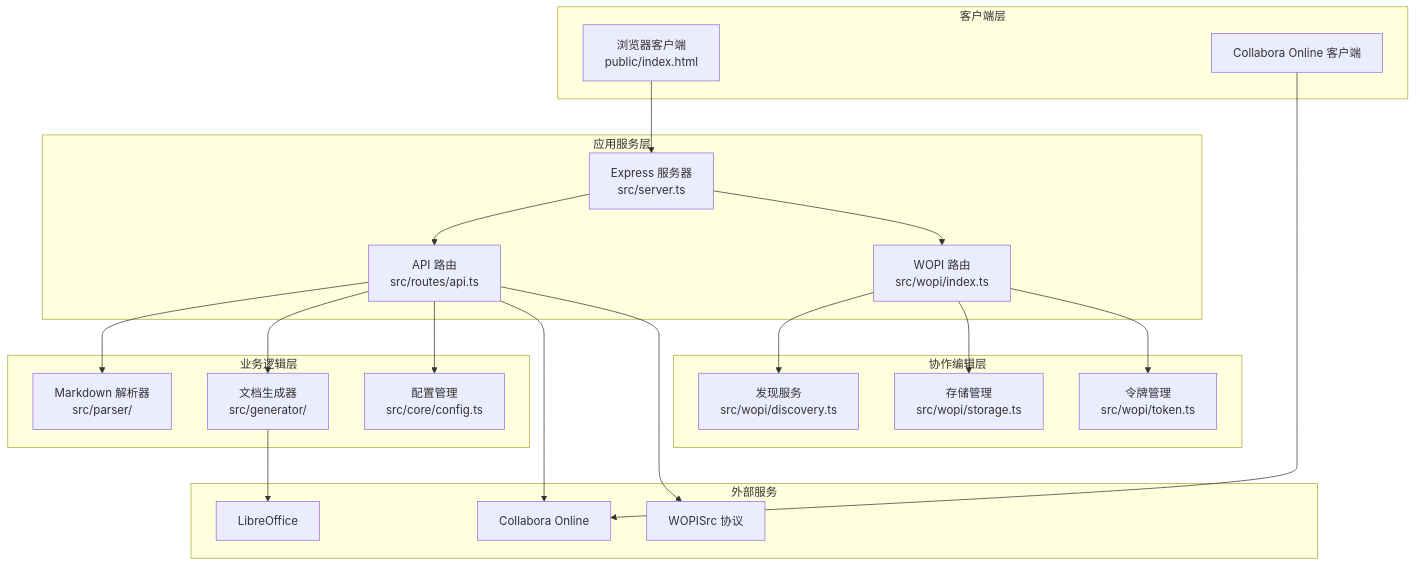
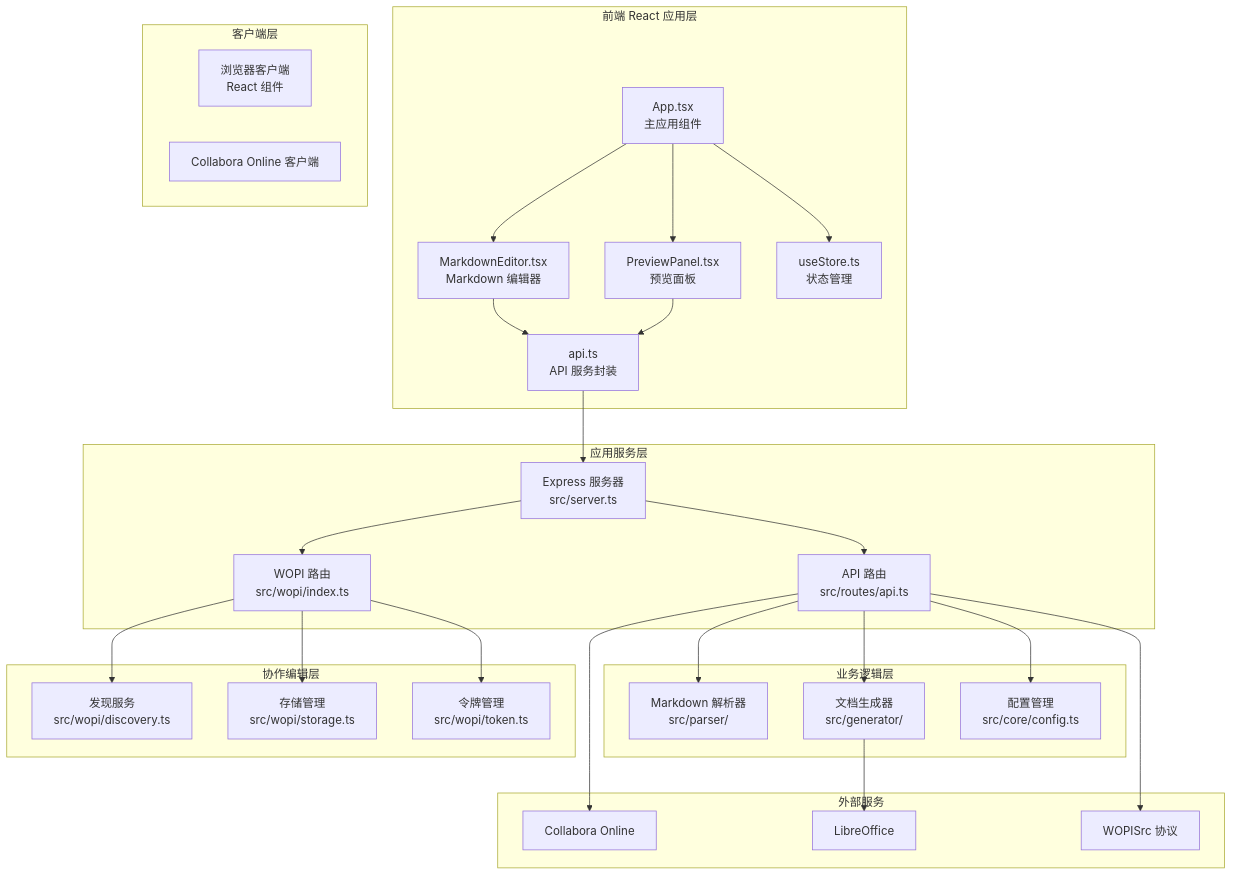
One commit to wanwushelie/markdown-to-word-studio changed the second of 9 diagrams in .lingma/repowiki/zh/content/架构设计/Collabora Online 集成.md. Above: the diagram before and after it, drawn with Mermaid. The commit also changed other lines of this file and 21 other files, not shown here.

````diff
--- a/.lingma/repowiki/zh/content/架构设计/Collabora Online 集成.md
+++ b/.lingma/repowiki/zh/content/架构设计/Collabora Online 集成.md
@@ -132,40 +155,51 @@
 ```mermaid
 graph TD
+subgraph "前端 React 应用层"
+A[App.tsx<br/>主应用组件]
+B[MarkdownEditor.tsx<br/>Markdown 编辑器]
+C[PreviewPanel.tsx<br/>预览面板]
+D[api.ts<br/>API 服务封装]
+E[useStore.ts<br/>状态管理]
+end
 subgraph "客户端层"
-A[浏览器客户端<br/>public/index.html]
-B[Collabora Online 客户端]
+F[浏览器客户端<br/>React 组件]
+G[Collabora Online 客户端]
 end
 subgraph "应用服务层"
-C[Express 服务器<br/>src/server.ts]
-D[API 路由<br/>src/routes/api.ts]
-E[WOPI 路由<br/>src/wopi/index.ts]
+H[Express 服务器<br/>src/server.ts]
+I[API 路由<br/>src/routes/api.ts]
+J[WOPI 路由<br/>src/wopi/index.ts]
 end
 subgraph "业务逻辑层"
-F[Markdown 解析器<br/>src/parser/]
-G[文档生成器<br/>src/generator/]
-H[配置管理<br/>src/core/config.ts]
+K[Markdown 解析器<br/>src/parser/]
+L[文档生成器<br/>src/generator/]
+M[配置管理<br/>src/core/config.ts]
 end
 subgraph "协作编辑层"
-I[发现服务<br/>src/wopi/discovery.ts]
-J[存储管理<br/>src/wopi/storage.ts]
-K[令牌管理<br/>src/wopi/token.ts]
+N[发现服务<br/>src/wopi/discovery.ts]
+O[存储管理<br/>src/wopi/storage.ts]
+P[令牌管理<br/>src/wopi/token.ts]
 end
 subgraph "外部服务"
-L[Collabora Online]
-M[LibreOffice]
-N[WOPISrc 协议]
+Q[Collabora Online]
+R[LibreOffice]
+S[WOPISrc 协议]
 end
+A --> B
 A --> C
-B --> L
+A --> E
+B --> D
 C --> D
-C --> E
-D --> F
-D --> G
 D --> H
-E --> I
-E --> J
-E --> K
-D --> L
-G --> M
-D --> N
+H --> I
+H --> J
+I --> K
+I --> L
+I --> M
+J --> N
+J --> O
+J --> P
+I --> Q
+L --> R
+I --> S
 ```
````
